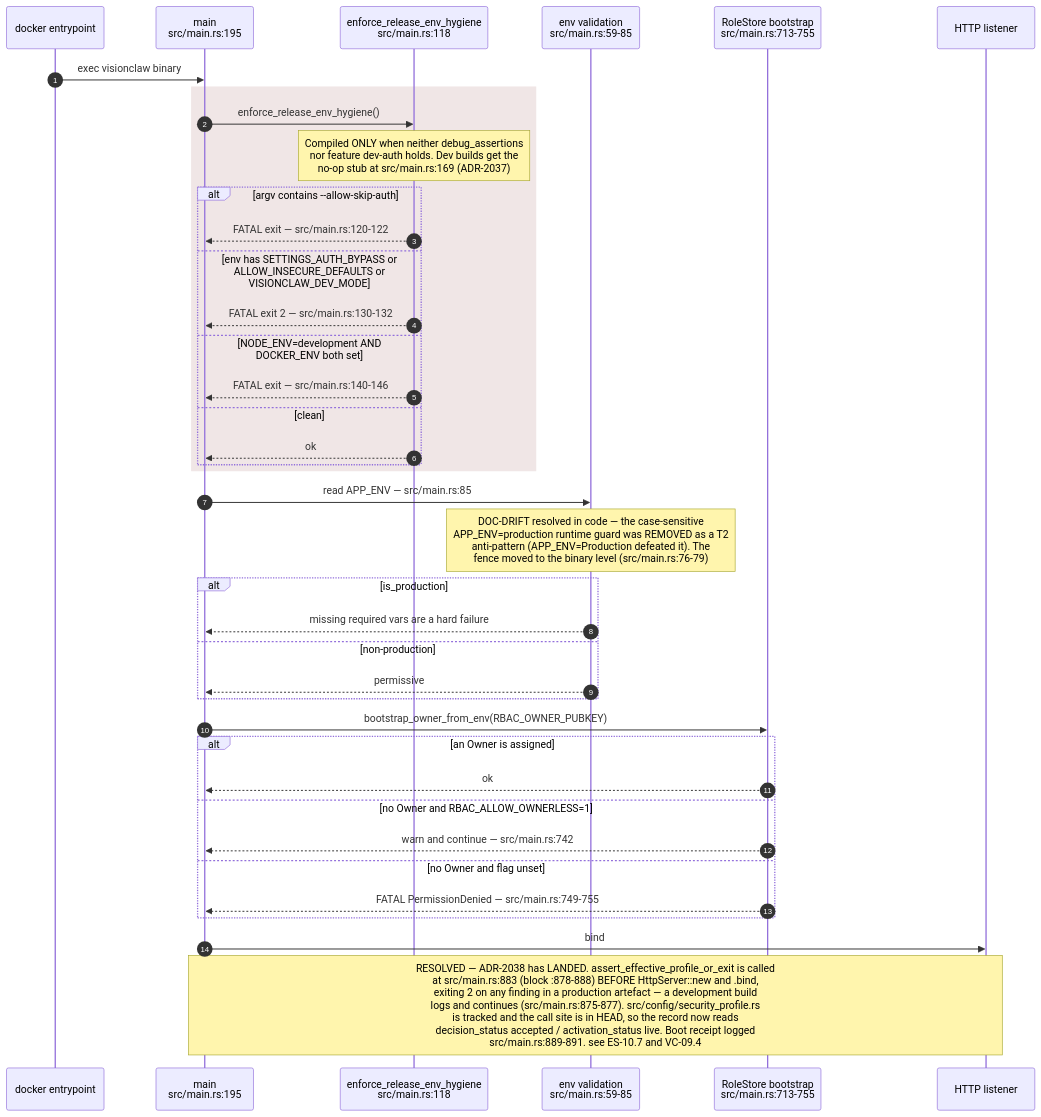
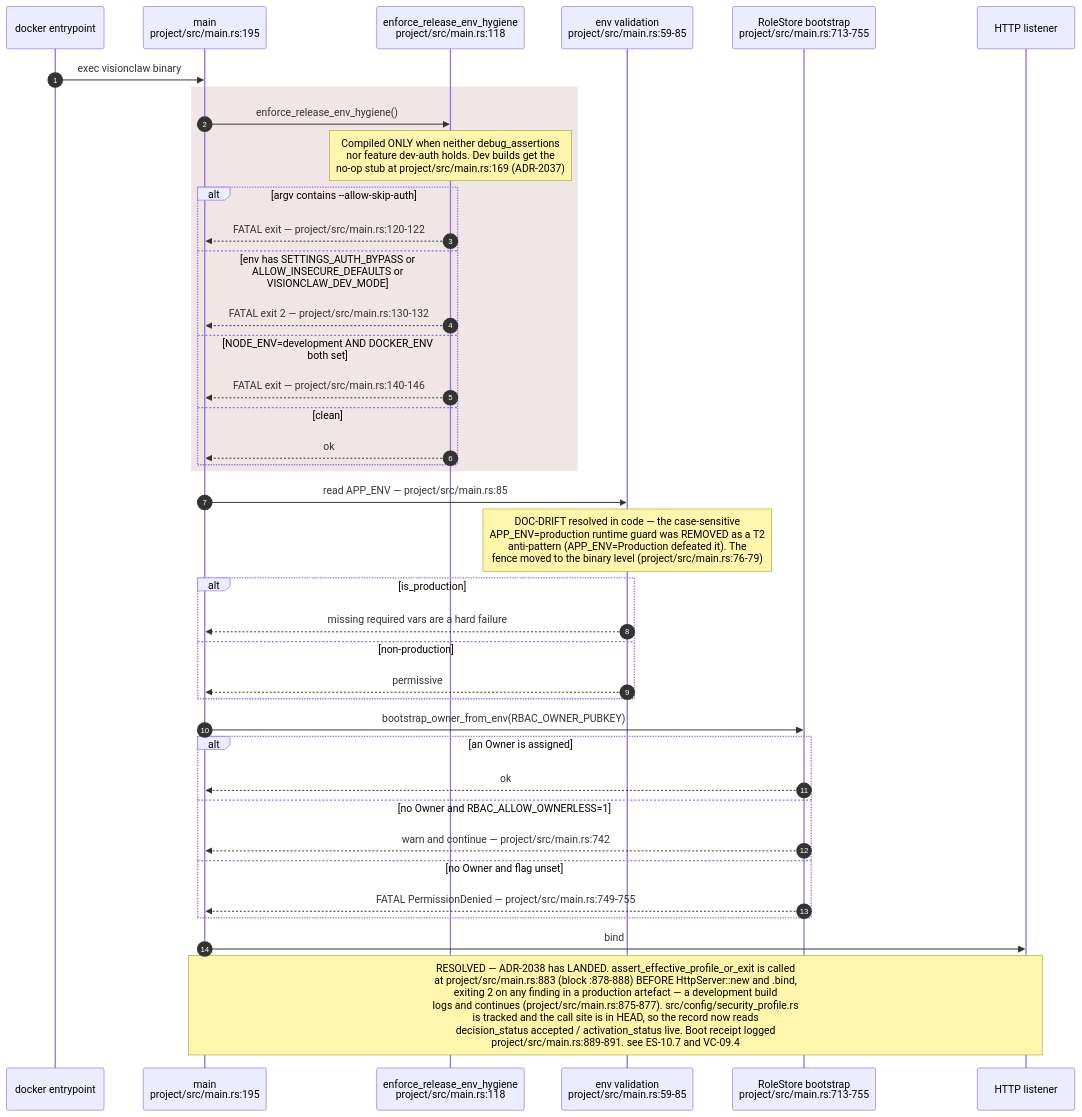
One commit to DreamLab-AI/VisionFlow changed the second of 10 diagrams in docs/diagrams/estate/10-deployment-and-security-profiles.md. Above: the diagram before and after it, drawn with Mermaid. The commit also changed other lines of this file and 185 other files, not shown here.

Commit message:
docs(estate): reconcile diagrams and ADRs with source and define closeout sprint

````diff
--- a/docs/diagrams/estate/10-deployment-and-security-profiles.md
+++ b/docs/diagrams/estate/10-deployment-and-security-profiles.md
@@ -78,42 +83,42 @@
 ```mermaid
 sequenceDiagram
     autonumber
     participant OS as docker entrypoint
-    participant M as main<br/>src/main.rs:195
-    participant EH as enforce_release_env_hygiene<br/>src/main.rs:118
-    participant EV as env validation<br/>src/main.rs:59-85
-    participant RS as RoleStore bootstrap<br/>src/main.rs:713-755
+    participant M as main<br/>project/src/main.rs:195
+    participant EH as enforce_release_env_hygiene<br/>project/src/main.rs:118
+    participant EV as env validation<br/>project/src/main.rs:59-85
+    participant RS as RoleStore bootstrap<br/>project/src/main.rs:713-755
     participant L as HTTP listener
 
     OS->>M: exec visionclaw binary
     rect rgb(240,230,230)
     M->>EH: enforce_release_env_hygiene()
-    Note over EH: Compiled ONLY when neither debug_assertions<br/>nor feature dev-auth holds. Dev builds get the<br/>no-op stub at src/main.rs:169 (ADR-2037)
+    Note over EH: Compiled ONLY when neither debug_assertions<br/>nor feature dev-auth holds. Dev builds get the<br/>no-op stub at project/src/main.rs:169 (ADR-2037)
     alt argv contains --allow-skip-auth
-        EH-->>M: FATAL exit — src/main.rs:120-122
+        EH-->>M: FATAL exit — project/src/main.rs:120-122
     else env has SETTINGS_AUTH_BYPASS or ALLOW_INSECURE_DEFAULTS or VISIONCLAW_DEV_MODE
-        EH-->>M: FATAL exit 2 — src/main.rs:130-132
+        EH-->>M: FATAL exit 2 — project/src/main.rs:130-132
     else NODE_ENV=development AND DOCKER_ENV both set
-        EH-->>M: FATAL exit — src/main.rs:140-146
+        EH-->>M: FATAL exit — project/src/main.rs:140-146
     else clean
         EH-->>M: ok
     end
     end
-    M->>EV: read APP_ENV — src/main.rs:85
-    Note over EV: DOC-DRIFT resolved in code — the case-sensitive<br/>APP_ENV=production runtime guard was REMOVED as a T2<br/>anti-pattern (APP_ENV=Production defeated it). The<br/>fence moved to the binary level (src/main.rs:76-79)
+    M->>EV: read APP_ENV — project/src/main.rs:85
+    Note over EV: DOC-DRIFT resolved in code — the case-sensitive<br/>APP_ENV=production runtime guard was REMOVED as a T2<br/>anti-pattern (APP_ENV=Production defeated it). The<br/>fence moved to the binary level (project/src/main.rs:76-79)
     alt is_production
         EV-->>M: missing required vars are a hard failure
     else non-production
         EV-->>M: permissive
     end
     M->>RS: bootstrap_owner_from_env(RBAC_OWNER_PUBKEY)
     alt an Owner is assigned
         RS-->>M: ok
     else no Owner and RBAC_ALLOW_OWNERLESS=1
-        RS-->>M: warn and continue — src/main.rs:742
+        RS-->>M: warn and continue — project/src/main.rs:742
     else no Owner and flag unset
-        RS-->>M: FATAL PermissionDenied — src/main.rs:749-755
+        RS-->>M: FATAL PermissionDenied — project/src/main.rs:749-755
     end
     M->>L: bind
-    Note over M,L: RESOLVED — ADR-2038 has LANDED. assert_effective_profile_or_exit is called<br/>at src/main.rs:883 (block :878-888) BEFORE HttpServer::new and .bind,<br/>exiting 2 on any finding in a production artefact — a development build<br/>logs and continues (src/main.rs:875-877). src/config/security_profile.rs<br/>is tracked and the call site is in HEAD, so the record now reads<br/>decision_status accepted / activation_status live. Boot receipt logged<br/>src/main.rs:889-891. see ES-10.7 and VC-09.4
+    Note over M,L: RESOLVED — ADR-2038 has LANDED. assert_effective_profile_or_exit is called<br/>at project/src/main.rs:883 (block :878-888) BEFORE HttpServer::new and .bind,<br/>exiting 2 on any finding in a production artefact — a development build<br/>logs and continues (project/src/main.rs:875-877). src/config/security_profile.rs<br/>is tracked and the call site is in HEAD, so the record now reads<br/>decision_status accepted / activation_status live. Boot receipt logged<br/>project/src/main.rs:889-891. see ES-10.7 and VC-09.4
 ```
````
